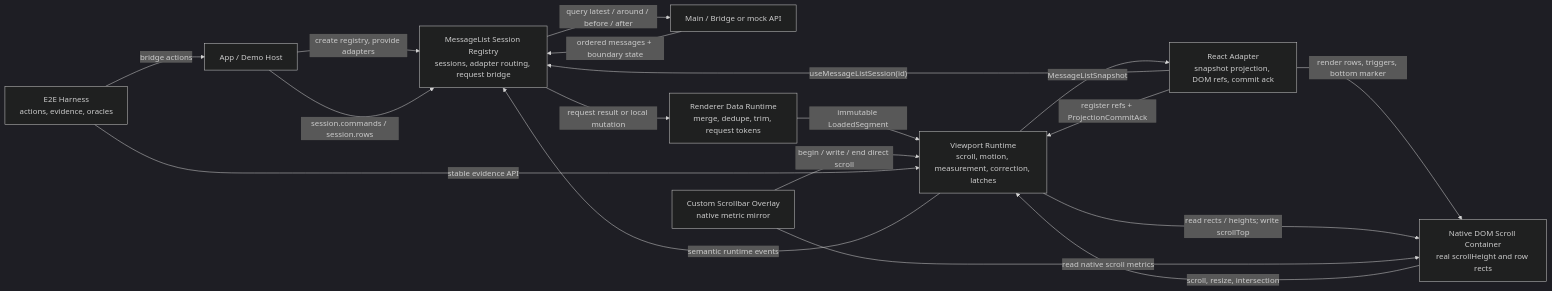
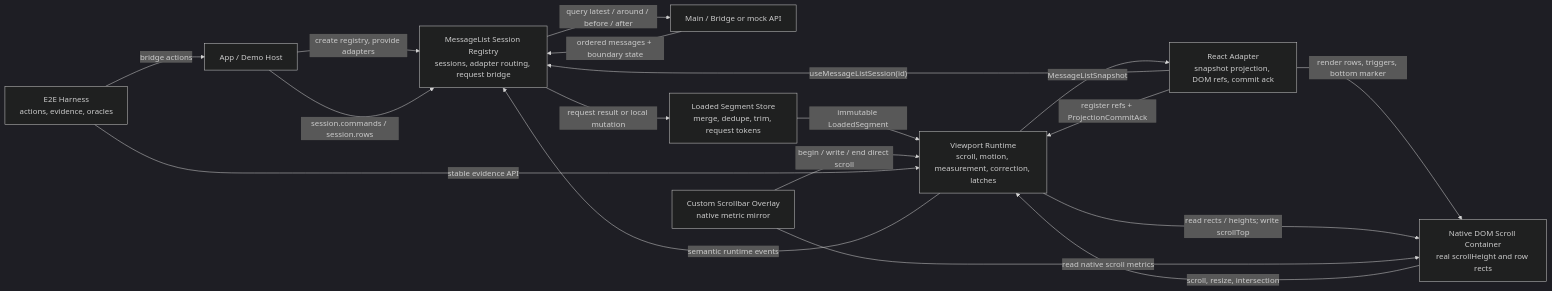
One commit to LouisGo/XMessageList changed the first of 2 diagrams in docs/graph/module-boundaries.md. Above: the diagram before and after it, drawn with Mermaid (dark theme). The commit also changed other lines of this file and 84 other files, not shown here.

Commit message:
feat: session id and loaded segment store refractor

````diff
--- a/docs/graph/module-boundaries.md
+++ b/docs/graph/module-boundaries.md
@@ -5,30 +5,30 @@
 ```mermaid
 flowchart LR
   Host["App / Demo Host"]
   Source["Main / Bridge or mock API"]
   Registry["MessageList Session Registry<br/>sessions, adapter routing, request bridge"]
-  Data["Renderer Data Runtime<br/>merge, dedupe, trim, request tokens"]
+  SegmentStore["Loaded Segment Store<br/>merge, dedupe, trim, request tokens"]
   Runtime["Viewport Runtime<br/>scroll, motion, measurement, correction, latches"]
   React["React Adapter<br/>snapshot projection, DOM refs, commit ack"]
   DOM["Native DOM Scroll Container<br/>real scrollHeight and row rects"]
   Overlay["Custom Scrollbar Overlay<br/>native metric mirror"]
   E2E["E2E Harness<br/>actions, evidence, oracles"]
 
   Host -->|"create registry, provide adapters"| Registry
   React -->|"useMessageListSession(id)"| Registry
   Registry -->|"query latest / around / before / after"| Source
   Source -->|"ordered messages + boundary state"| Registry
   Host -->|"session.commands / session.rows"| Registry
-  Registry -->|"request result or local mutation"| Data
-  Data -->|"immutable LoadedSegment"| Runtime
+  Registry -->|"request result or local mutation"| SegmentStore
+  SegmentStore -->|"immutable LoadedSegment"| Runtime
   Runtime -->|"MessageListSnapshot"| React
   React -->|"render rows, triggers, bottom marker"| DOM
   React -->|"register refs + ProjectionCommitAck"| Runtime
   Runtime -->|"read rects / heights; write scrollTop"| DOM
   DOM -->|"scroll, resize, intersection"| Runtime
   Runtime -->|"semantic runtime events"| Registry
   Overlay -->|"begin / write / end direct scroll"| Runtime
   Overlay -->|"read native scroll metrics"| DOM
   E2E -->|"bridge actions"| Host
   E2E -->|"stable evidence API"| Runtime
 ```
````
